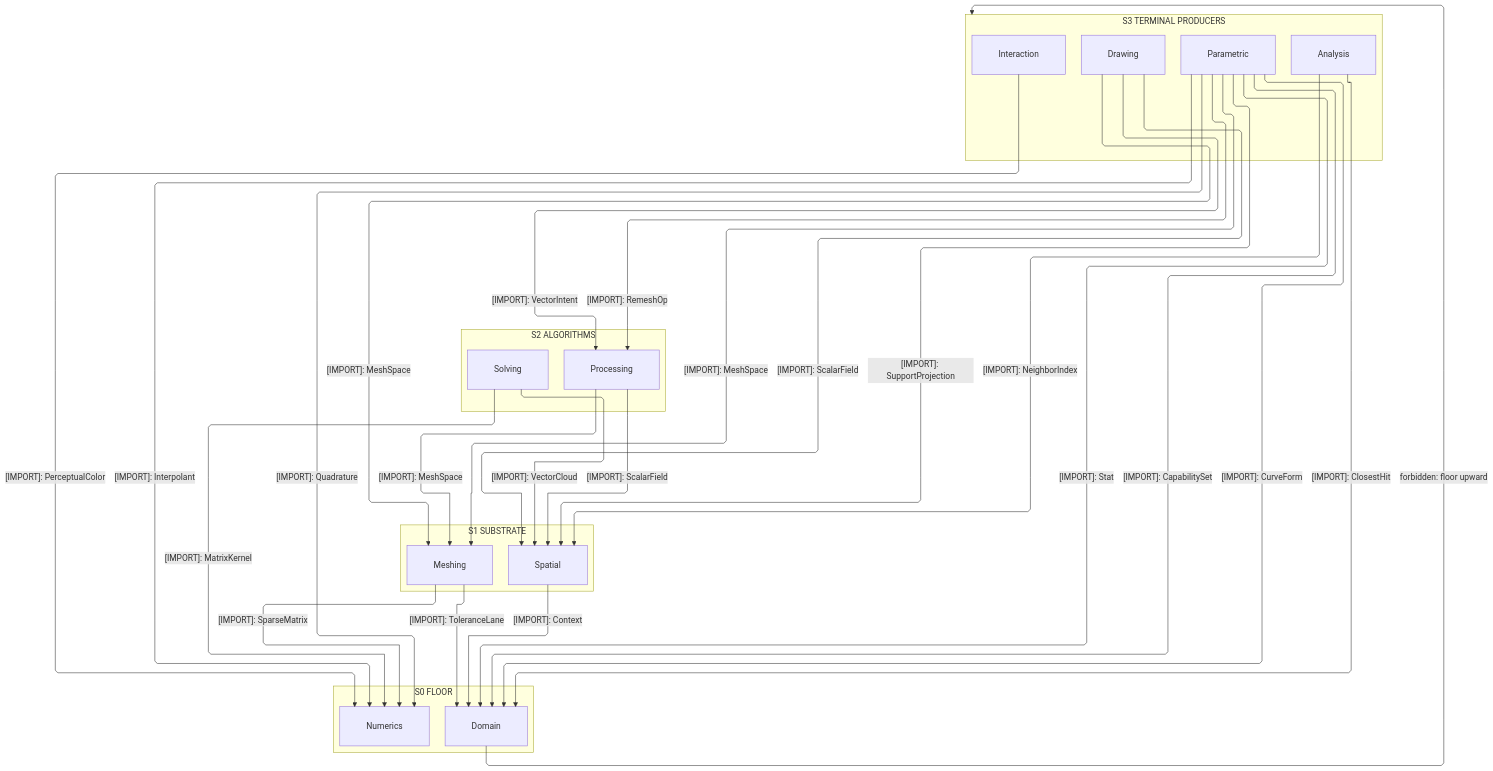
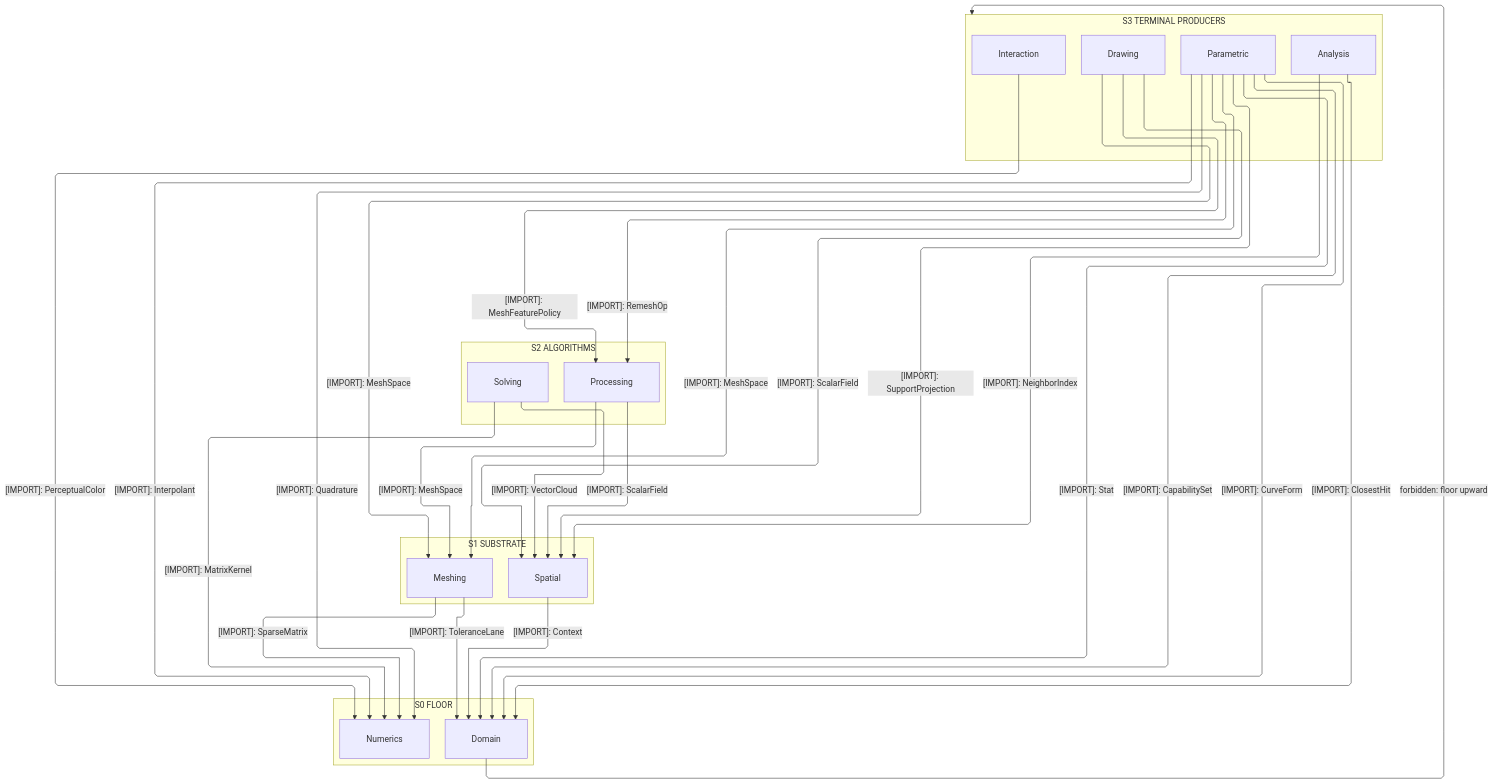
One commit to bsamiee/Rasm changed the first of 4 diagrams in libs/dotnet/Rasm/ARCHITECTURE.md. Above: the diagram before and after it, drawn with Mermaid. The commit also changed other lines of this file and 68 other files, not shown here.

First line of the commit message:
spec: drain the Processing and Solving audits — delete the intent facade, collapse wrappers, and land package-depth folds

````diff
--- a/libs/dotnet/Rasm/ARCHITECTURE.md
+++ b/libs/dotnet/Rasm/ARCHITECTURE.md
@@ -116,52 +115,52 @@
 ```mermaid
 ---
 config:
   layout: elk
   flowchart:
     curve: linear
     padding: 25
 ---
 flowchart TB
     accTitle: Rasm kernel interior strata
     accDescr: How each kernel stratum composes the ranks beneath it with no upward import.
     subgraph S3["S3 TERMINAL PRODUCERS"]
         Analysis[Analysis]
         Parametric[Parametric]
         Drawing[Drawing]
         Interaction[Interaction]
     end
     subgraph S2["S2 ALGORITHMS"]
         Solving[Solving]
         Processing[Processing]
     end
     subgraph S1["S1 SUBSTRATE"]
         Meshing[Meshing]
         Spatial[Spatial]
     end
     subgraph S0["S0 FLOOR"]
         Numerics[Numerics]
         Domain[Domain]
     end
     Parametric e1@-->|"[IMPORT]: RemeshOp"| Processing
-    Drawing e2@-->|"[IMPORT]: VectorIntent"| Processing
+    Drawing e2@-->|"[IMPORT]: MeshFeaturePolicy"| Processing
     Parametric e3@-->|"[IMPORT]: MeshSpace"| Meshing
     Drawing e4@-->|"[IMPORT]: MeshSpace"| Meshing
     Drawing e5@-->|"[IMPORT]: ScalarField"| Spatial
     Parametric e6@-->|"[IMPORT]: SupportProjection"| Spatial
     Parametric e7@-->|"[IMPORT]: Interpolant"| Numerics
     Parametric e8@-->|"[IMPORT]: Quadrature"| Numerics
     Parametric e9@-->|"[IMPORT]: Stat"| Domain
     Parametric e10@-->|"[IMPORT]: CapabilitySet"| Domain
     Analysis e11@-->|"[IMPORT]: NeighborIndex"| Spatial
     Analysis e12@-->|"[IMPORT]: ClosestHit"| Domain
     Parametric e13@-->|"[IMPORT]: CurveForm"| Domain
     Processing e14@-->|"[IMPORT]: MeshSpace"| Meshing
     Processing e15@-->|"[IMPORT]: ScalarField"| Spatial
     Solving e16@-->|"[IMPORT]: MatrixKernel"| Numerics
     Solving e17@-->|"[IMPORT]: VectorCloud"| Spatial
     Meshing e18@-->|"[IMPORT]: SparseMatrix"| Numerics
     Meshing e19@-->|"[IMPORT]: ToleranceLane"| Domain
     Spatial e20@-->|"[IMPORT]: Context"| Domain
     Interaction e21@-->|"[IMPORT]: PerceptualColor"| Numerics
     Domain f1@-->|"forbidden: floor upward"| S3
 ```
````
